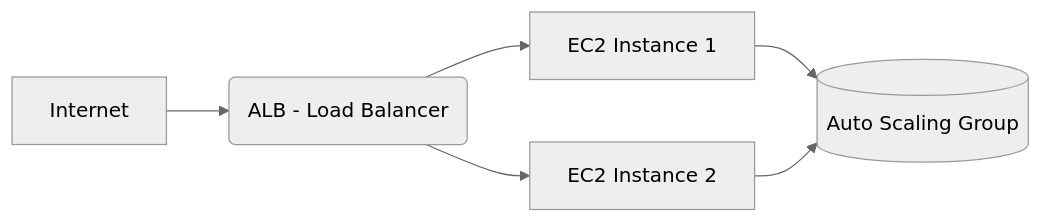
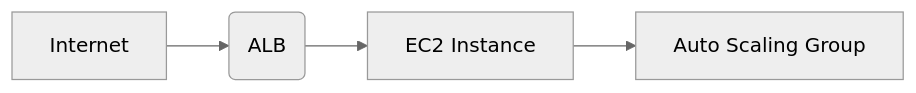
One commit to lhassan-oubihi-eng/lafarge-truck-traffic changed the diagram in README.md. Above: the diagram before and after it, drawn with Mermaid (neutral theme). The commit also changed other lines of this file, not shown here.

````diff
--- a/README.md
+++ b/README.md
@@ -9,7 +9,6 @@
 ```mermaid
 graph LR
-    A[Internet] --> B(ALB - Load Balancer)
-    B --> C[EC2 Instance 1]
-    B --> D[EC2 Instance 2]
-    C & D --> E[(Auto Scaling Group)]
+    A[Internet] --> B(ALB)
+    B --> C[EC2 Instance]
+    C --> E[Auto Scaling Group]
 ```
````
